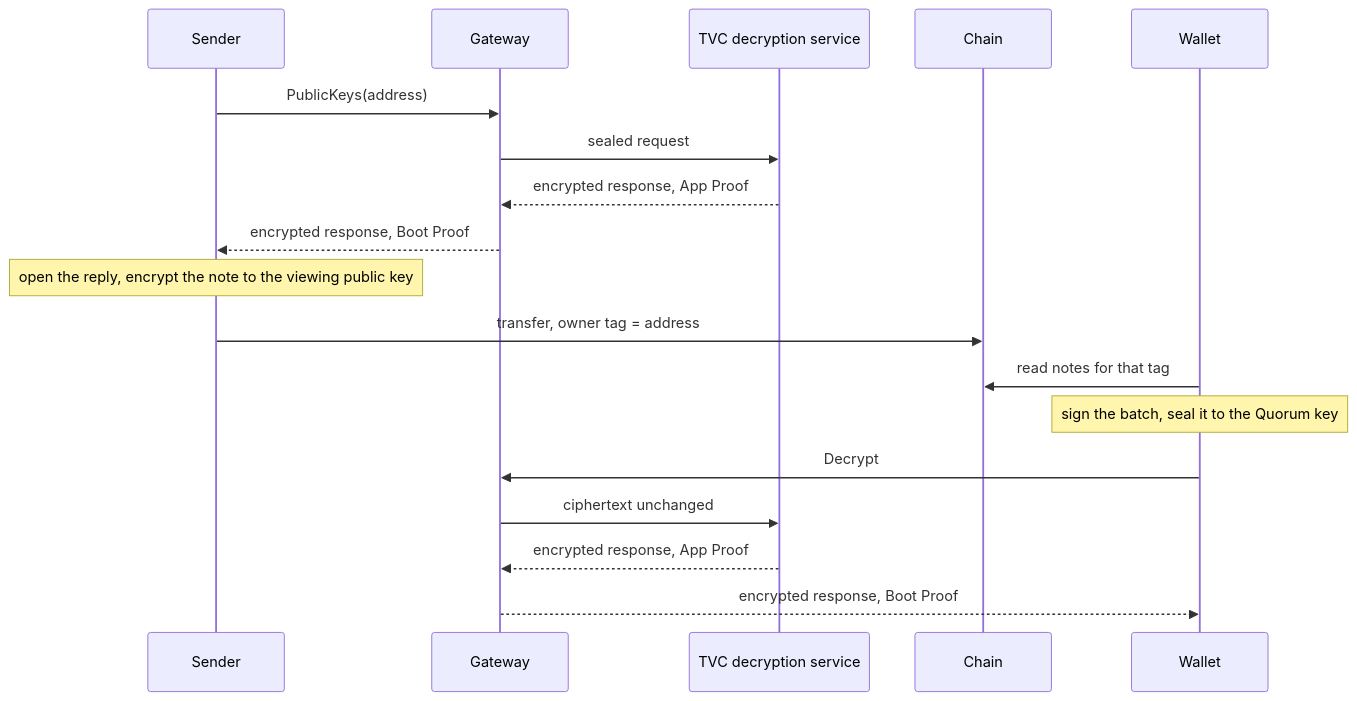
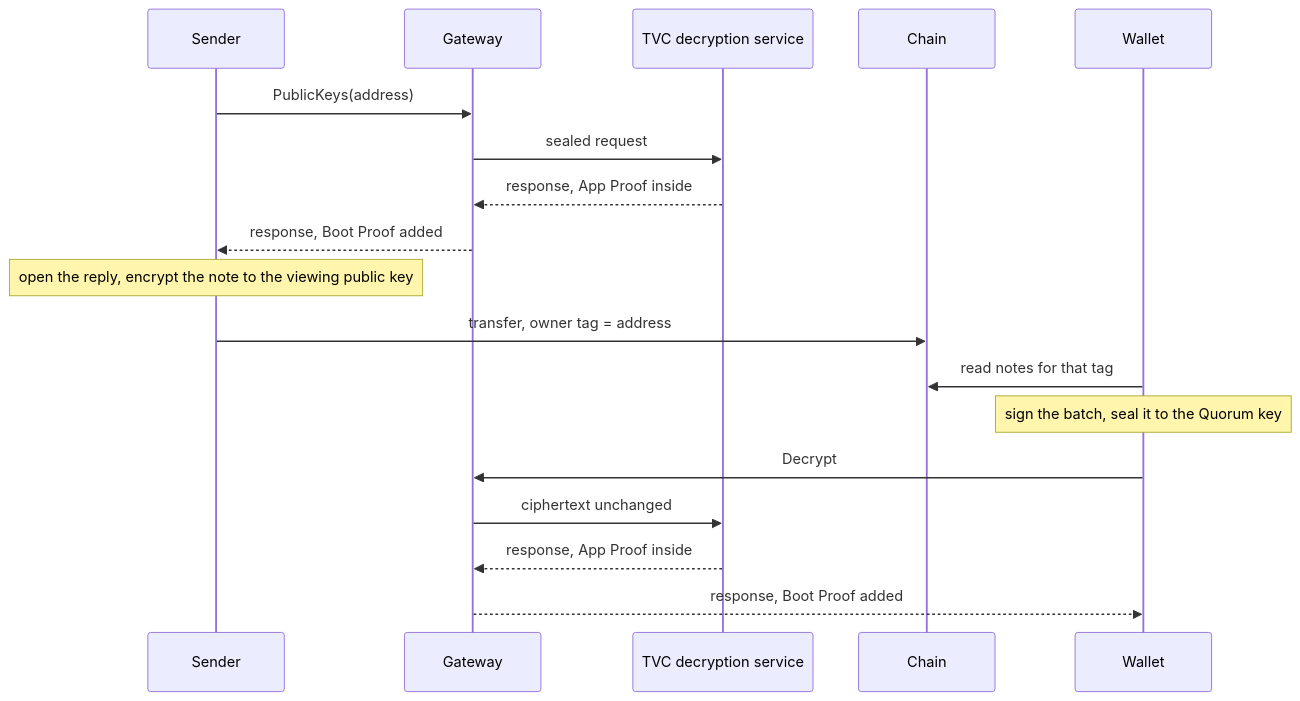
One commit to helius-labs/spr-tvc changed the third of 5 diagrams in docs/spec.md. Above: the diagram before and after it, drawn with Mermaid. The commit also changed other lines of this file, not shown here.

Commit message:
Show the gateway adding the Boot Proof beside the App Proof.

````diff
--- a/docs/spec.md
+++ b/docs/spec.md
@@ -150,21 +150,21 @@
 ```mermaid
 sequenceDiagram
     participant Sender
     participant Gateway
     participant Service as TVC decryption service
     participant Chain
     participant Wallet
 
     Sender->>Gateway: PublicKeys(address)
     Gateway->>Service: sealed request
-    Service-->>Gateway: encrypted response, App Proof
-    Gateway-->>Sender: encrypted response, Boot Proof
+    Service-->>Gateway: response, App Proof inside
+    Gateway-->>Sender: response, Boot Proof added
     Note over Sender: open the reply, encrypt the note to the viewing public key
     Sender->>Chain: transfer, owner tag = address
     Wallet->>Chain: read notes for that tag
     Note over Wallet: sign the batch, seal it to the Quorum key
     Wallet->>Gateway: Decrypt
     Gateway->>Service: ciphertext unchanged
-    Service-->>Gateway: encrypted response, App Proof
-    Gateway-->>Wallet: encrypted response, Boot Proof
+    Service-->>Gateway: response, App Proof inside
+    Gateway-->>Wallet: response, Boot Proof added
 ```
````
